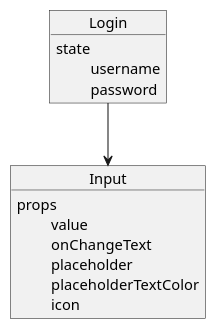
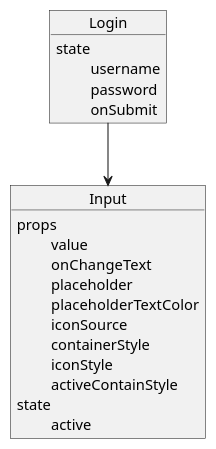
Before and after one commit to suxiaoshao/entry-task: the diagram in uml/components/login.plantuml, drawn with PlantUML. The commit also changed 17 other files, not shown here.

```diff
--- a/uml/components/login.plantuml
+++ b/uml/components/login.plantuml
@@ -1,16 +1,22 @@
 @startuml "login page"
 object Login{
     state
     \t username
     \t password
+    \t onSubmit
 }
 object Input{
     props
     \t value
     \t onChangeText
     \t placeholder
     \t placeholderTextColor
-    \t icon
+    \t iconSource
+    \t containerStyle
+    \t iconStyle
+    \t activeContainStyle
+    state
+    \t active
 }
 Login -->Input
 @enduml
```
